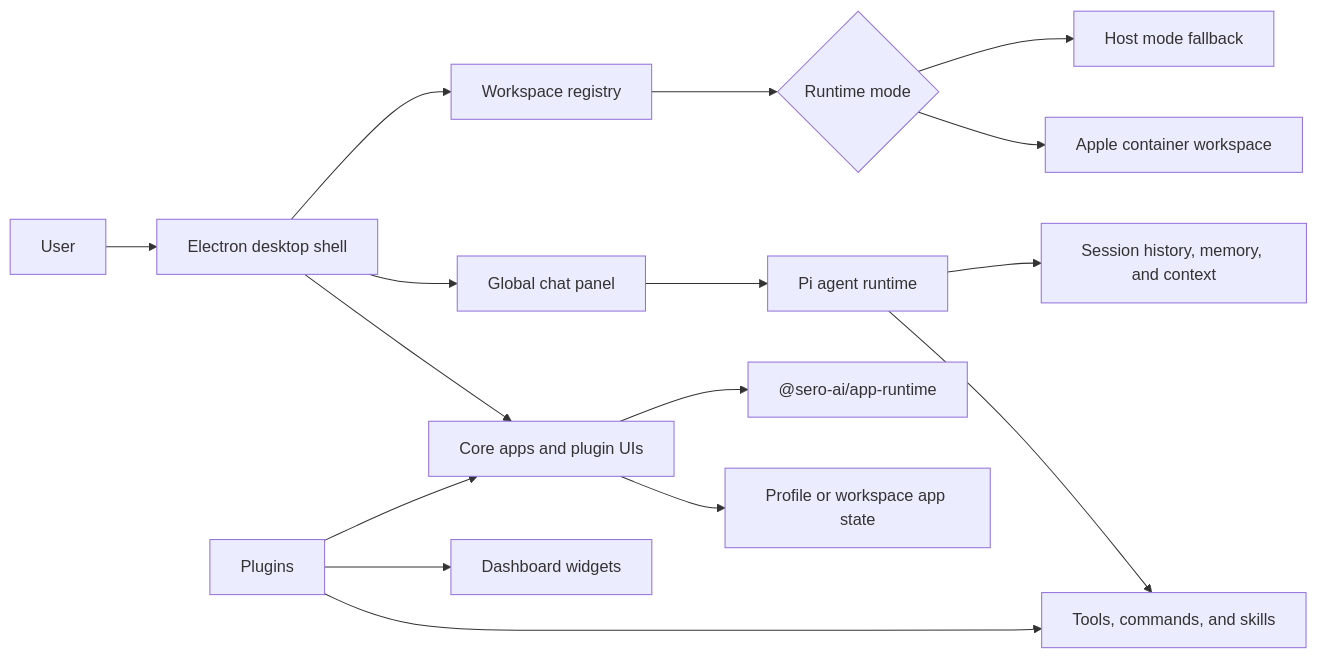
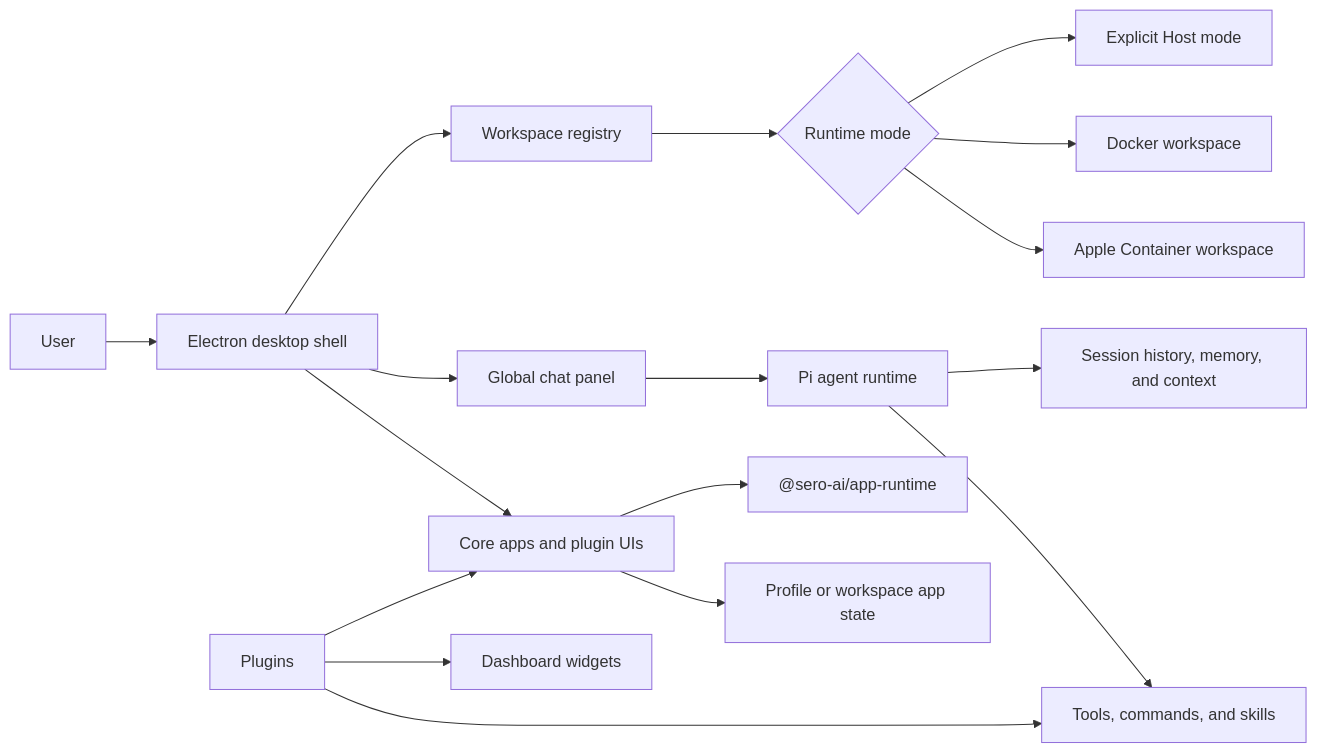
The first of 2 diagrams in apps/docs-site/docs/reference/architecture.md (sero-labs/sero), drawn with Mermaid before and after one commit. The commit also changed other lines of this file and 271 other files, not shown here.

````diff
--- a/apps/docs-site/docs/reference/architecture.md
+++ b/apps/docs-site/docs/reference/architecture.md
@@ -15,23 +15,24 @@
 ```mermaid
 flowchart LR
   User[User] --> Shell[Electron desktop shell]
 
   Shell --> Apps[Core apps and plugin UIs]
   Shell --> Chat[Global chat panel]
   Shell --> Workspace[Workspace registry]
 
   Chat --> Pi[Pi agent runtime]
   Pi --> Tools[Tools, commands, and skills]
   Pi --> Context[Session history, memory, and context]
 
   Workspace --> Runtime{Runtime mode}
-  Runtime --> Container[Apple container workspace]
-  Runtime --> Host[Host mode fallback]
+  Runtime --> Apple[Apple Container workspace]
+  Runtime --> Docker[Docker workspace]
+  Runtime --> Host[Explicit Host mode]
 
   Apps --> AppRuntime["@sero-ai/app-runtime"]
   Apps --> AppState[Profile or workspace app state]
 
   Plugins[Plugins] --> Apps
   Plugins --> Tools
   Plugins --> Widgets[Dashboard widgets]
 ```
````
